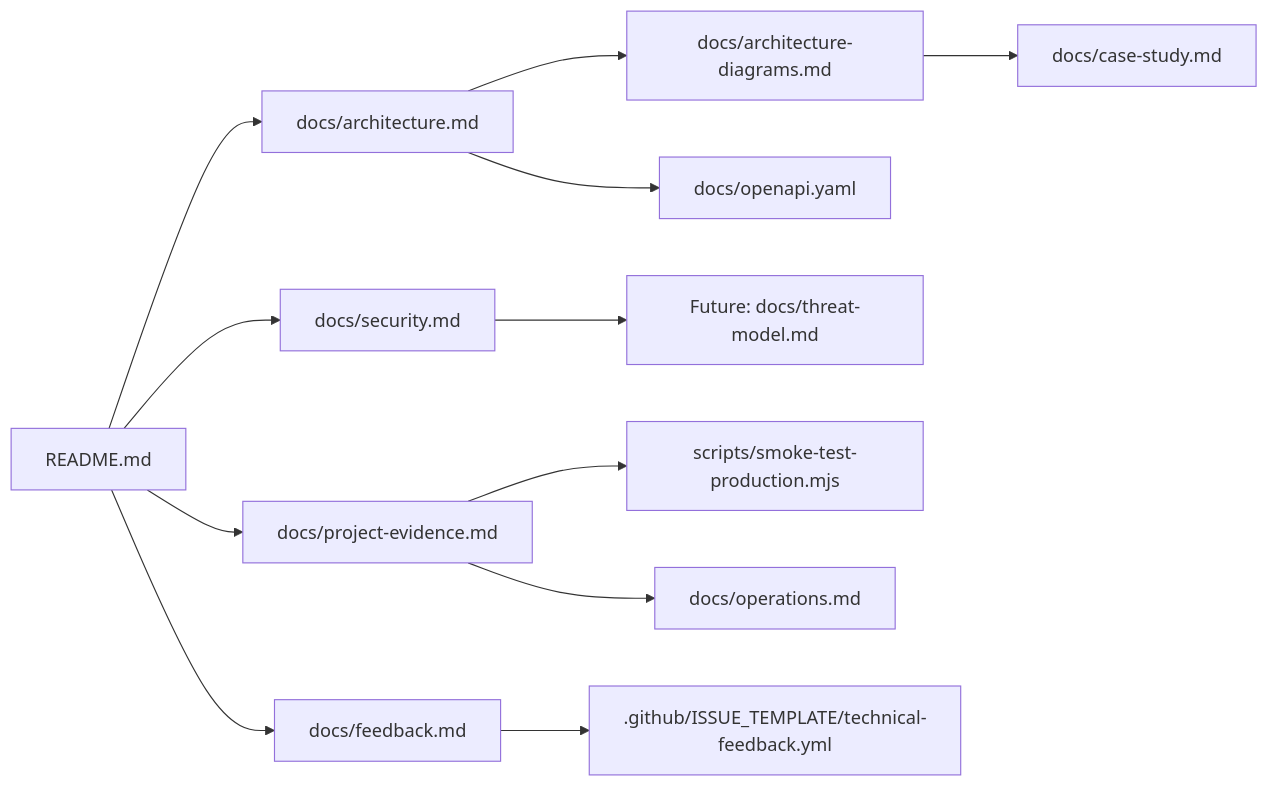
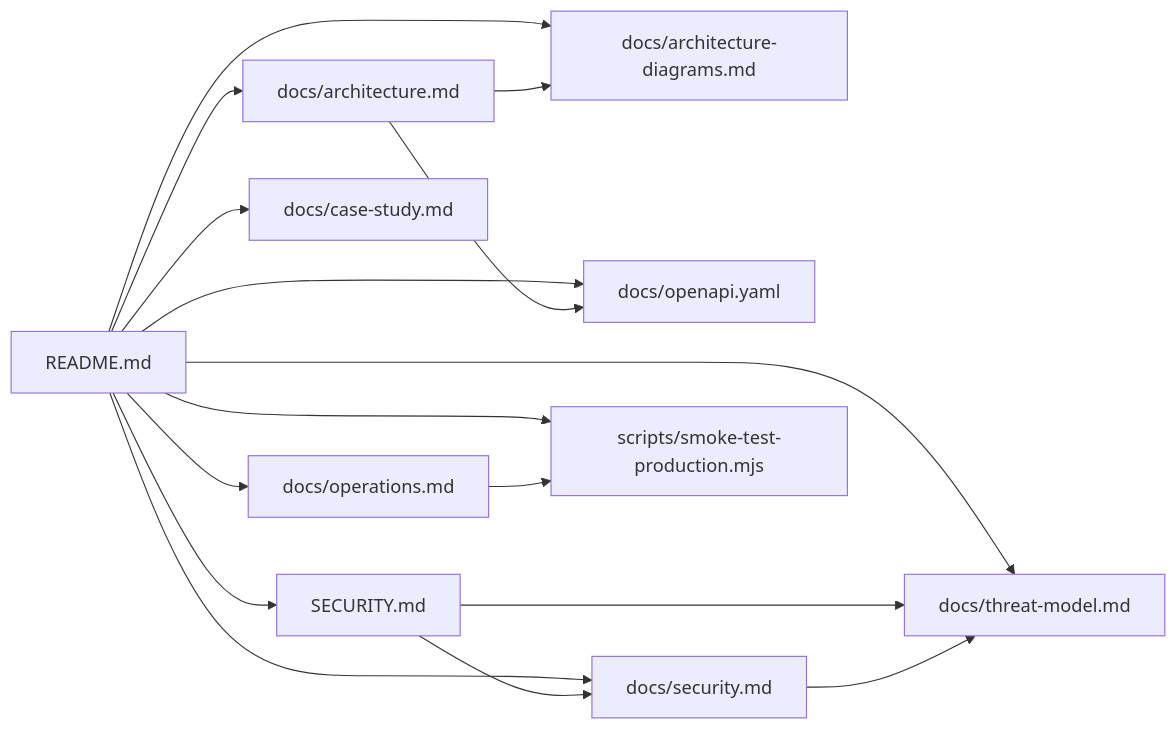
One commit to BlockShield-Systems/swiss-market-dashboard changed diagram 12 of 12 in docs/architecture-diagrams.md. Above: the diagram before and after it, drawn with Mermaid. The commit also changed other lines of this file and 9 other files, not shown here.

Commit message:
Add security policy and threat model

````diff
--- a/docs/architecture-diagrams.md
+++ b/docs/architecture-diagrams.md
@@ -435,16 +479,30 @@
 ```mermaid
 flowchart LR
-  Readme["README.md"] --> Architecture["docs/architecture.md"]
-  Readme --> Security["docs/security.md"]
-  Readme --> Evidence["docs/project-evidence.md"]
-  Readme --> Feedback["docs/feedback.md"]
+  Readme["README.md"]
+  SecurityPolicy["SECURITY.md"]
+  Architecture["docs/architecture.md"]
+  Diagrams["docs/architecture-diagrams.md"]
+  CaseStudy["docs/case-study.md"]
+  OpenApi["docs/openapi.yaml"]
+  Operations["docs/operations.md"]
+  Security["docs/security.md"]
+  ThreatModel["docs/threat-model.md"]
+  Smoke["scripts/smoke-test-production.mjs"]
 
-  Architecture --> Diagrams["docs/architecture-diagrams.md"]
-  Security --> ThreatModel["Future: docs/threat-model.md"]
-  Evidence --> Smoke["scripts/smoke-test-production.mjs"]
-  Feedback --> IssueTemplate[".github/ISSUE_TEMPLATE/technical-feedback.yml"]
+  Readme --> SecurityPolicy
+  Readme --> Architecture
+  Readme --> Diagrams
+  Readme --> CaseStudy
+  Readme --> OpenApi
+  Readme --> Operations
+  Readme --> Security
+  Readme --> ThreatModel
+  Readme --> Smoke
 
-  Diagrams --> CaseStudy["docs/case-study.md"]
-  Architecture --> OpenApi["docs/openapi.yaml"]
-  Evidence --> Operations["docs/operations.md"]
+  Architecture --> Diagrams
+  Architecture --> OpenApi
+  SecurityPolicy --> Security
+  SecurityPolicy --> ThreatModel
+  Security --> ThreatModel
+  Operations --> Smoke
 ```
````
